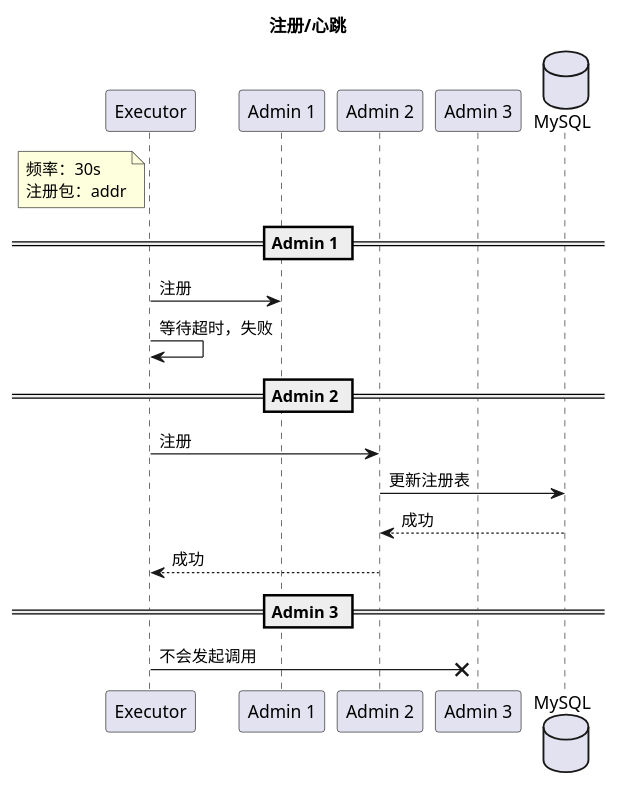
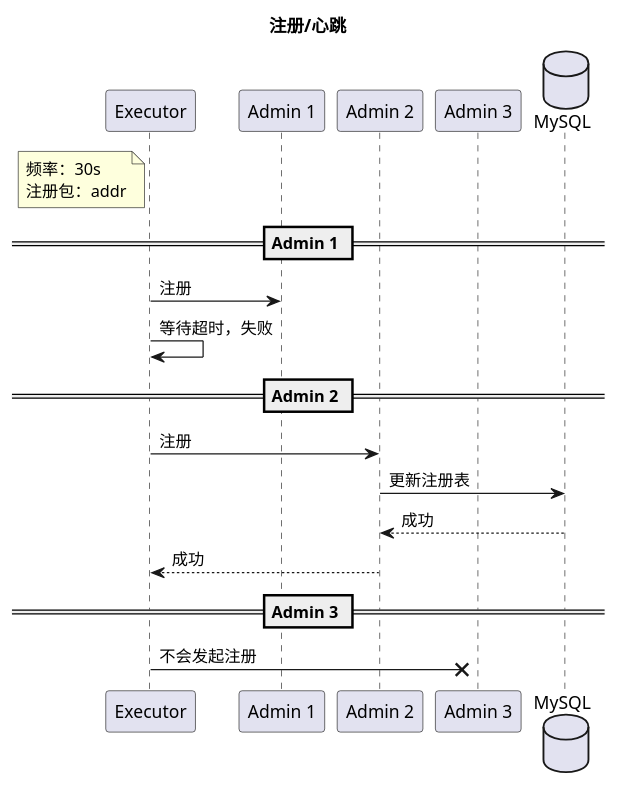
One commit to Sean-K-Wu/xxl-job changed the diagram in doc/uml/sequence/executor/registry.puml. Above: the diagram before and after it, drawn with PlantUML. The commit also changed 9 other files, not shown here.

```diff
--- a/doc/uml/sequence/executor/registry.puml
+++ b/doc/uml/sequence/executor/registry.puml
@@ -1,26 +1,26 @@
 @startuml
 title 注册/心跳
 
 participant e as "Executor" order 10
 participant a1 as "Admin 1" order 20
 participant a2 as "Admin 2" order 30
 participant a3 as "Admin 3" order 40
 database m as "MySQL" order 50
 
 note left of e
     频率：30s
     注册包：addr
 end note
 == Admin 1 ==
 e -> a1 : 注册
 e -> e : 等待超时，失败
 
 == Admin 2 ==
 e -> a2 : 注册
 a2 -> m : 更新注册表
 a2 <-- m : 成功
 e <-- a2 : 成功
 
 == Admin 3 ==
-e ->x a3 : 不会发起调用
+e ->x a3 : 不会发起注册
 @enduml
```
